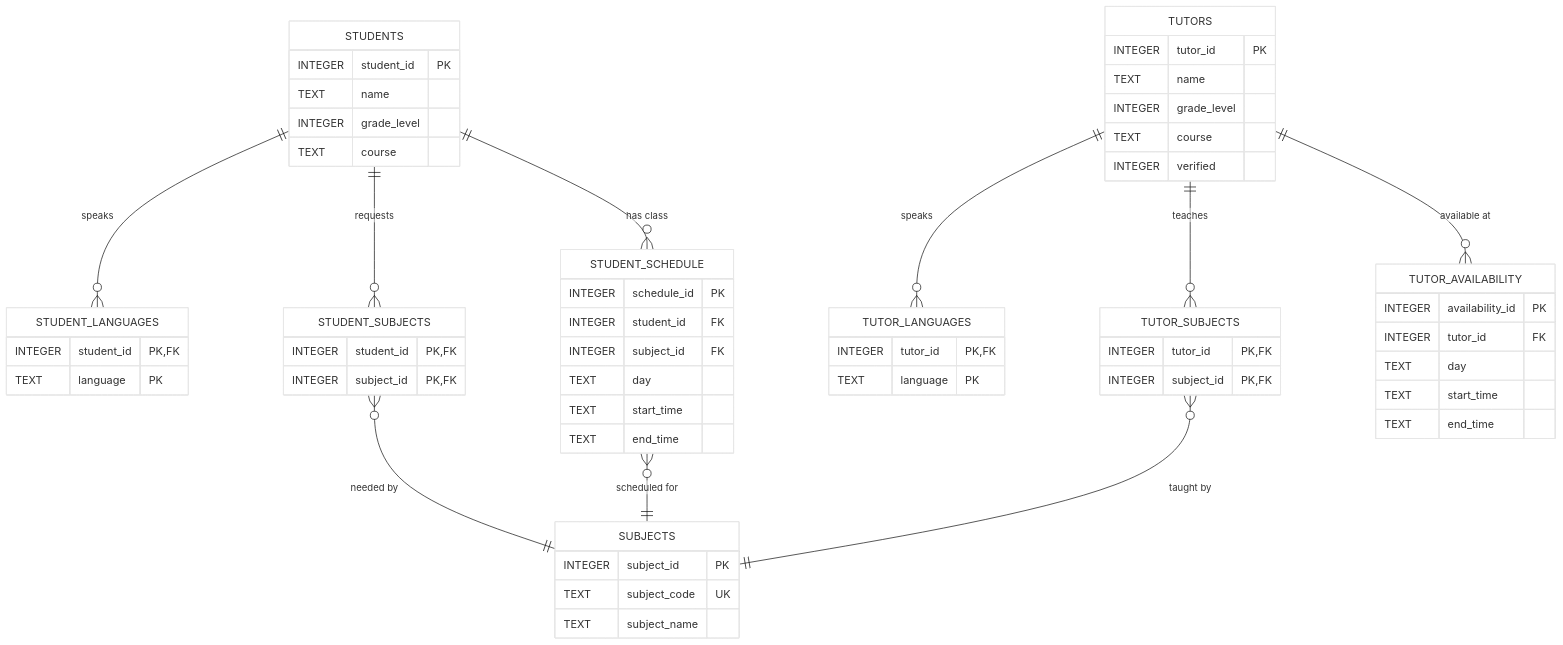
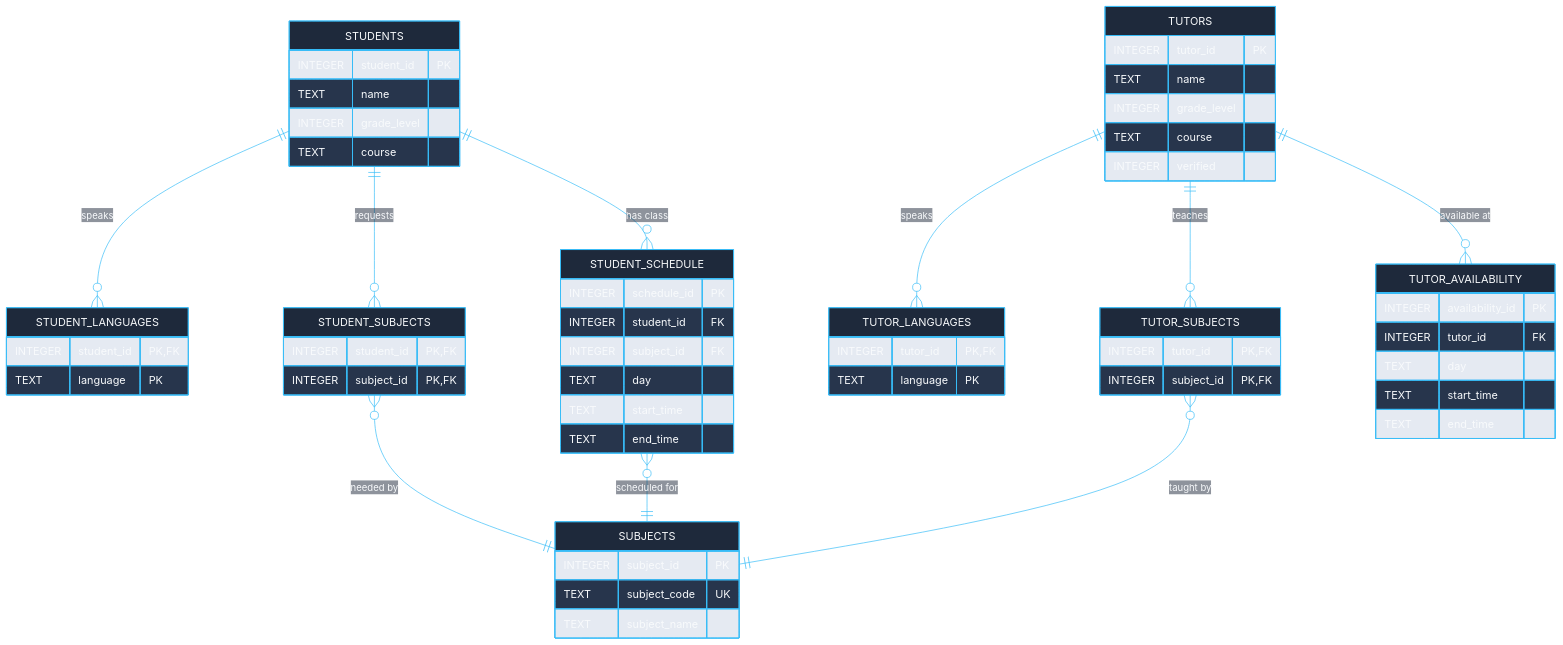
Before and after one commit to franciskendrick/TUGMA: the diagram in README.md, drawn with Mermaid. The commit also changed 1 other file, not shown here.

Commit message:
Updated ERD to be adaptive to light and dark mode

````diff
--- a/README.md
+++ b/README.md
@@ -66,5 +66,20 @@
 ```mermaid
-%%{init: {'theme': 'base', 'themeVariables': { 'primaryColor': '#ffffff'}}}%%
+%%{
+  init: {
+    'theme': 'base',
+    'themeVariables': {
+      'primaryColor': '#1e293b',
+      'primaryTextColor': '#f8fafc',
+      'primaryBorderColor': '#38bdf8',
+      'lineColor': '#38bdf8',
+      'secondaryColor': '#0f172a',
+      'tertiaryColor': '#1e293b',
+      'attributeColorOdd': '#1e293b',
+      'attributeColorEven': '#0f172a',
+      'fontFamily': 'ui-sans-serif, system-ui, sans-serif'
+    }
+  }
+}%%
 erDiagram
     %% Core Parent Entities
     STUDENTS {
````
